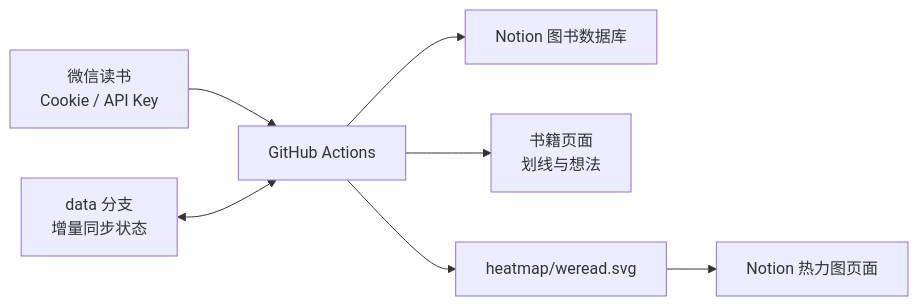
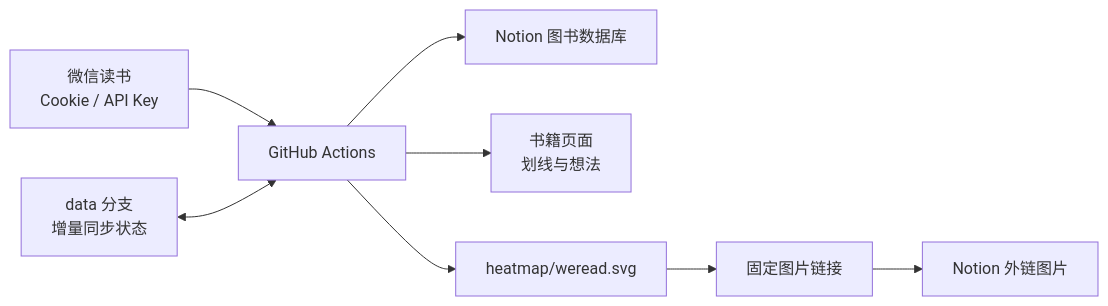
The diagram in README.md (zengyincen/weread-to-notion), drawn with Mermaid before and after one commit. The commit also changed other lines of this file and 5 other files, not shown here.

````diff
--- a/README.md
+++ b/README.md
@@ -72,9 +72,10 @@
 ```mermaid
 flowchart LR
     A[微信读书<br/>Cookie / API Key] --> B[GitHub Actions]
     B --> C[Notion 图书数据库]
     B --> D[书籍页面<br/>划线与想法]
     B --> E[heatmap/weread.svg]
-    E --> F[Notion 热力图页面]
+    E --> F[固定图片链接]
+    F --> H[Notion 外链图片]
     G[data 分支<br/>增量同步状态] <--> B
 ```
````
